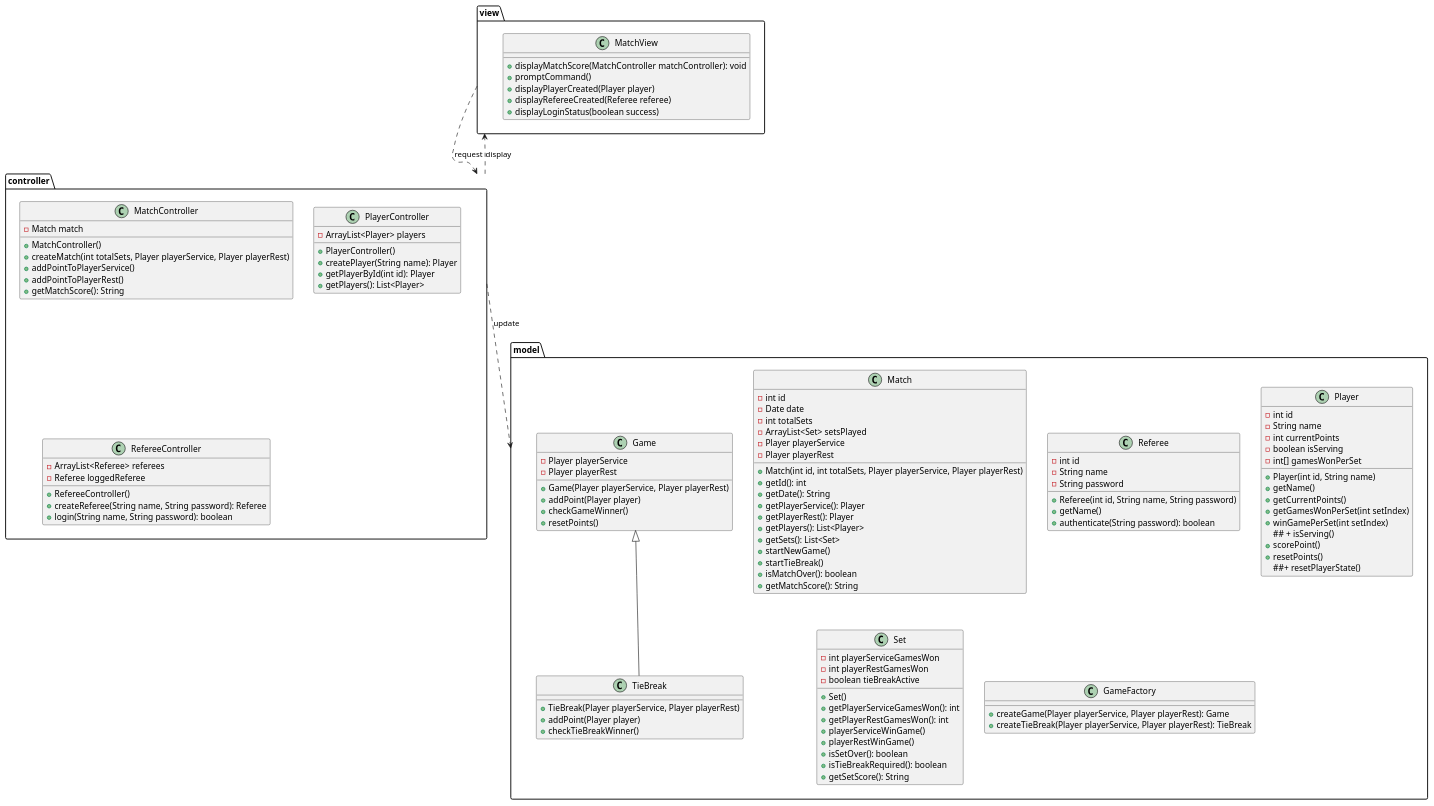
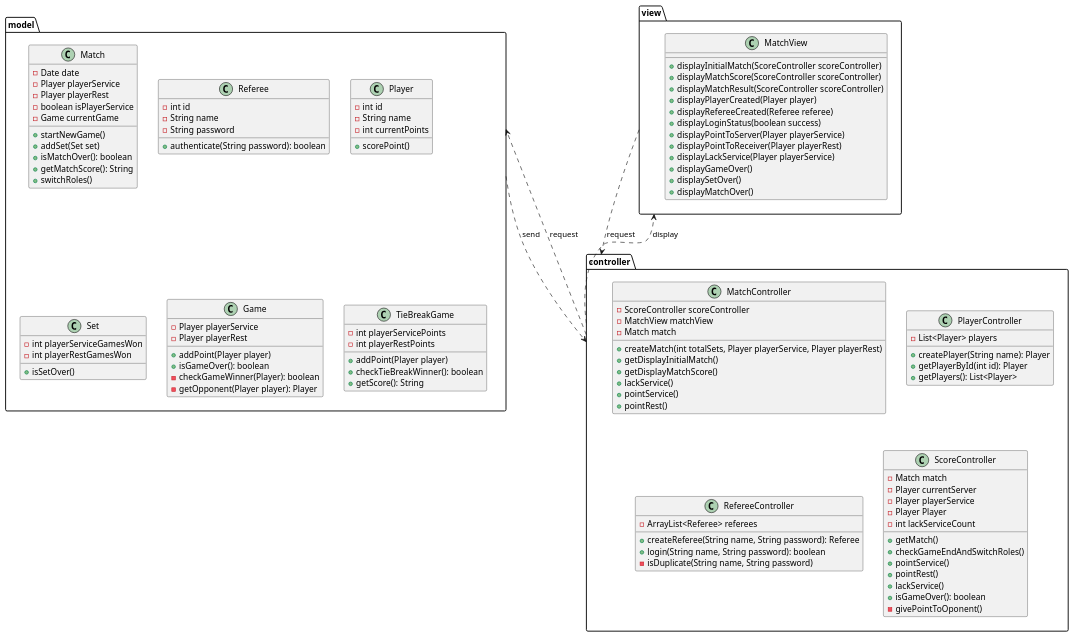
One commit to rafaelacirino/IWVG changed the diagram in docs/diagrams/MVC.plantuml. Above: the diagram before and after it, drawn with PlantUML. The commit also changed 5 other files, not shown here.

Commit message:
added diagrams #3

```diff
--- a/docs/diagrams/MVC.plantuml
+++ b/docs/diagrams/MVC.plantuml
@@ -1,136 +1,133 @@
 @startuml
 package "model" {
 
     class Match {
-        - int id
-        - Date date
-        - int totalSets
-        - ArrayList<Set> setsPlayed
-        - Player playerService
-        - Player playerRest
+    - Date date
+    - Player playerService
+    - Player playerRest
+    - boolean isPlayerService
+    - Game currentGame
 
-        + Match(int id, int totalSets, Player playerService, Player playerRest)
-        + getId(): int
-        + getDate(): String
-        + getPlayerService(): Player
-        + getPlayerRest(): Player
-        + getPlayers(): List<Player>
-        + getSets(): List<Set>
-        + startNewGame()
-        + startTieBreak()
-        + isMatchOver(): boolean
-        + getMatchScore(): String
+    + startNewGame()
+    + addSet(Set set)
+    + isMatchOver(): boolean
+    + getMatchScore(): String
+    + switchRoles()
     }
 
     class Referee {
-        - int id
-        - String name
-        - String password
+    - int id
+    - String name
+    - String password
 
-        + Referee(int id, String name, String password)
-        + getName()
-        + authenticate(String password): boolean
+    + authenticate(String password): boolean
     }
 
     class Player {
-        - int id
-        - String name
-        - int currentPoints
-        - boolean isServing
-        - int[] gamesWonPerSet
+    - int id
+    - String name
+    - int currentPoints
 
-        + Player(int id, String name)
-        + getName()
-        + getCurrentPoints()
-        + getGamesWonPerSet(int setIndex)
-        + winGamePerSet(int setIndex)
-        ## + isServing()
-        + scorePoint()
-        + resetPoints()
-        ##+ resetPlayerState()
+    + scorePoint()
     }
 
     class Set {
-        - int playerServiceGamesWon
-        - int playerRestGamesWon
-        - boolean tieBreakActive
+    - int playerServiceGamesWon
+    - int playerRestGamesWon
 
-        + Set()
-        + getPlayerServiceGamesWon(): int
-        + getPlayerRestGamesWon(): int
-        + playerServiceWinGame()
-        + playerRestWinGame()
-        + isSetOver(): boolean
-        + isTieBreakRequired(): boolean
-        + getSetScore(): String
+    + isSetOver()
     }
 
     class Game {
-        - Player playerService
-        - Player playerRest
+    - Player playerService
+    - Player playerRest
 
-        + Game(Player playerService, Player playerRest)
-        + addPoint(Player player)
-        + checkGameWinner()
-        + resetPoints()
-
+    + addPoint(Player player)
+    + isGameOver(): boolean
+    - checkGameWinner(Player): boolean
+    - getOpponent(Player player): Player
     }
 
-    class TieBreak extends Game{
+    class TieBreakGame {
+    - int playerServicePoints
+    - int playerRestPoints
 
-        + TieBreak(Player playerService, Player playerRest)
-        + addPoint(Player player)
-        + checkTieBreakWinner()
-    }
-
-    class GameFactory {
-        + createGame(Player playerService, Player playerRest): Game
-        + createTieBreak(Player playerService, Player playerRest): TieBreak
+    + addPoint(Player player)
+    + checkTieBreakWinner(): boolean
+    + getScore(): String
     }
 }
 
 package "view" {
     class MatchView {
-        + displayMatchScore(MatchController matchController): void
-        + promptCommand()
-        + displayPlayerCreated(Player player)
-        + displayRefereeCreated(Referee referee)
-        + displayLoginStatus(boolean success)
+
+    + displayInitialMatch(ScoreController scoreController)
+    + displayMatchScore(ScoreController scoreController)
+    + displayMatchResult(ScoreController scoreController)
+    + displayPlayerCreated(Player player)
+    + displayRefereeCreated(Referee referee)
+    + displayLoginStatus(boolean success)
+    + displayPointToServer(Player playerService)
+    + displayPointToReceiver(Player playerRest)
+    + displayLackService(Player playerService)
+    + displayGameOver()
+    + displaySetOver()
+    + displayMatchOver()
     }
 }
 
 package "controller" {
     class MatchController {
-        - Match match
+    - ScoreController scoreController
+    - MatchView matchView
+    - Match match
 
-        + MatchController()
-        + createMatch(int totalSets, Player playerService, Player playerRest)
-        + addPointToPlayerService()
-        + addPointToPlayerRest()
-        + getMatchScore(): String
+    + createMatch(int totalSets, Player playerService, Player playerRest)
+    + getDisplayInitialMatch()
+    + getDisplayMatchScore()
+    + lackService()
+    + pointService()
+    + pointRest()
     }
 
     class PlayerController {
-        - ArrayList<Player> players
+    - List<Player> players
 
-        + PlayerController()
-        + createPlayer(String name): Player
-        + getPlayerById(int id): Player
-        + getPlayers(): List<Player>
+    + createPlayer(String name): Player
+    + getPlayerById(int id): Player
+    + getPlayers(): List<Player>
     }
 
     class RefereeController {
-        - ArrayList<Referee> referees
-        - Referee loggedReferee
+    - ArrayList<Referee> referees
 
-        + RefereeController()
-        + createReferee(String name, String password): Referee
-        + login(String name, String password): boolean
+    + createReferee(String name, String password): Referee
+    + login(String name, String password): boolean
+    - isDuplicate(String name, String password)
+    }
+
+    class ScoreController {
+    - Match match
+    - Player currentServer
+    - Player playerService
+    - Player Player
+    - int lackServiceCount
+
+    + getMatch()
+    + checkGameEndAndSwitchRoles()
+    + pointService()
+    + pointRest()
+    + lackService()
+    + isGameOver(): boolean
+    - givePointToOponent()
+
     }
 }
 
-"controller" ..> "model" : update
+"controller" ..> "model" : request
+"controller" ..> "view" : display
 "view" ..> "controller" : request
-"controller" ..> "view" : display
+"model" ..> "controller" : send
+
 
 @enduml
```
